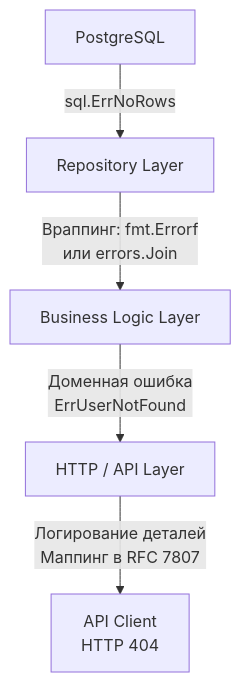
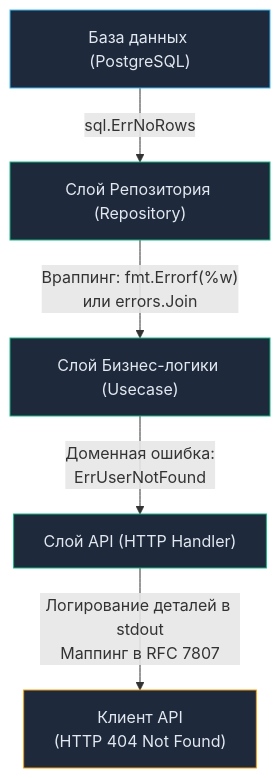
Before and after one commit to UnrealTemplier/go-textbook: the diagram in sources/10. Проектирование API и Сетевые протоколы/9. Error handling в API.md, drawn with Mermaid. The commit also changed other lines of this file, not shown here.

````diff
--- a/sources/10. Проектирование API и Сетевые протоколы/9. Error handling в API.md
+++ b/sources/10. Проектирование API и Сетевые протоколы/9. Error handling в API.md
@@ -54,7 +74,14 @@
 ```mermaid
 flowchart TD
-    DB["PostgreSQL"]-->|"sql.ErrNoRows"|Repo["Repository Layer"]
-    Repo-->|"Враппинг: fmt.Errorf<br>или errors.Join"|Usecase["Business Logic Layer"]
-    Usecase-->|"Доменная ошибка<br>ErrUserNotFound"|Handler["HTTP / API Layer"]
-    Handler-->|"Логирование деталей<br>Маппинг в RFC 7807"|Client["API Client<br>HTTP 404"]
+    DB["База данных (PostgreSQL)"] -->|"sql.ErrNoRows"| Repo["Слой Репозитория (Repository)"]
+    Repo -->|"Враппинг: fmt.Errorf(%w)<br>или errors.Join"| Usecase["Слой Бизнес-логики (Usecase)"]
+    Usecase -->|"Доменная ошибка:<br>ErrUserNotFound"| Handler["Слой API (HTTP Handler)"]
+    Handler -->|"Логирование деталей в stdout<br>Маппинг в RFC 7807"| Client["Клиент API<br>(HTTP 404 Not Found)"]
+
+    classDef db fill:#1e293b,stroke:#38bdf8,stroke-width:1px,color:#e2e8f0;
+    classDef comp fill:#1e293b,stroke:#10b981,stroke-width:1px,color:#e2e8f0;
+    classDef out fill:#1e293b,stroke:#f59e0b,stroke-width:1px,color:#e2e8f0;
+    class DB db;
+    class Repo,Usecase,Handler comp;
+    class Client out;
 ```
````
